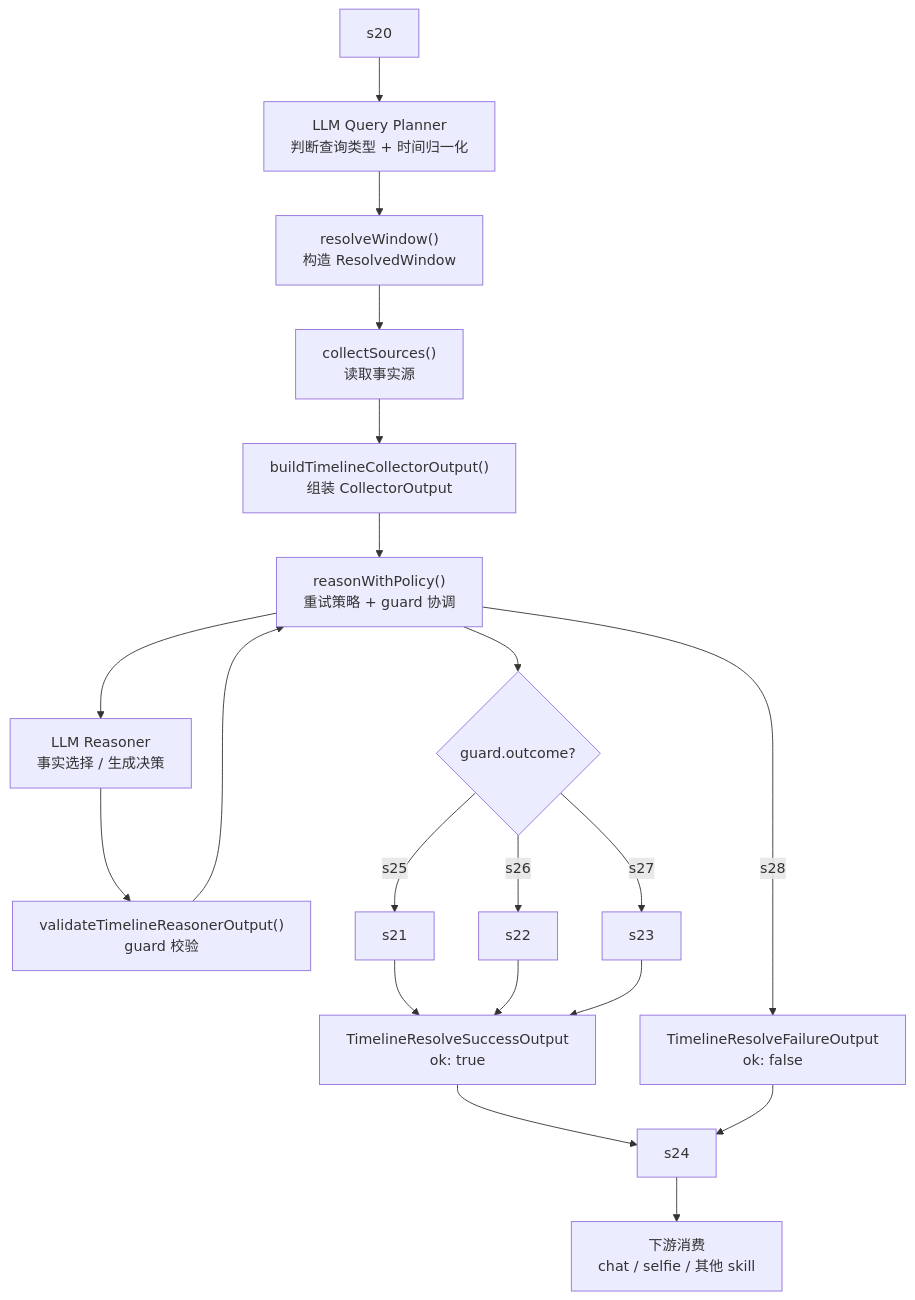
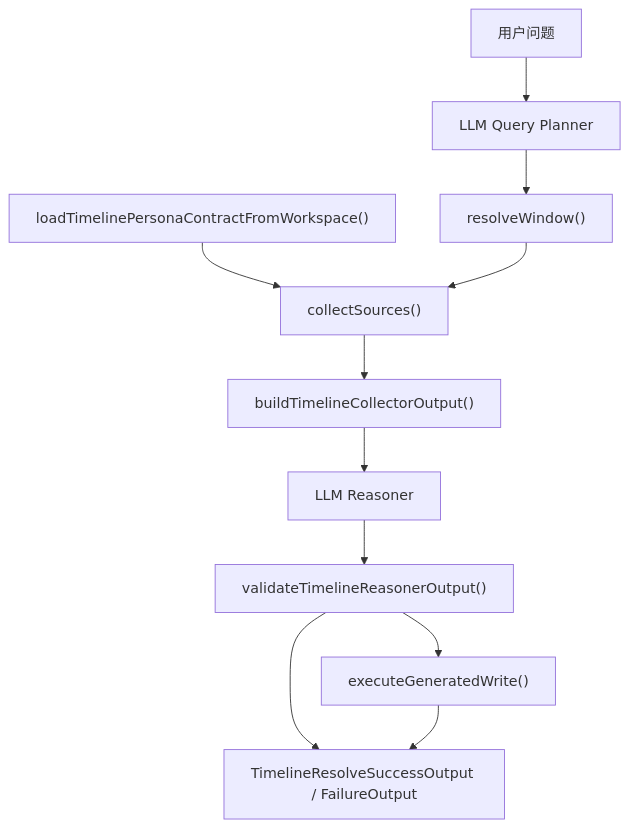
Before and after one commit to tower1229/Her: the first of 2 diagrams in docs/architecture.md, drawn with Mermaid. The commit also changed other lines of this file and 41 other files, not shown here.

````diff
--- a/docs/architecture.md
+++ b/docs/architecture.md
@@ -23,42 +27,24 @@
 ```mermaid
----
-id: 77c5afb0-0394-4e95-99a9-9bf26ad6ac9d
----
 flowchart TD
-    User[s20]
-    Planner["LLM Query Planner\n判断查询类型 + 时间归一化"]
-    Window["resolveWindow()\n构造 ResolvedWindow"]
-    Sources["collectSources()\n读取事实源"]
-    Collector["buildTimelineCollectorOutput()\n组装 CollectorOutput"]
-    Reasoner["LLM Reasoner\n事实选择 / 生成决策"]
-    Policy["reasonWithPolicy()\n重试策略 + guard 协调"]
-    Guard["validateTimelineReasonerOutput()\nguard 校验"]
-    Route{guard.outcome?}
-    HitPath[s21]
-    GenPath[s22]
-    EmptyPath[s23]
-    Output["TimelineResolveSuccessOutput\nok: true"]
-    ErrorOut["TimelineResolveFailureOutput\nok: false"]
-    Trace[s24]
-    Downstream["下游消费\nchat / selfie / 其他 skill"]
+    User["用户问题"]
+    Persona["loadTimelinePersonaContractFromWorkspace()"]
+    Planner["LLM Query Planner"]
+    Window["resolveWindow()"]
+    Sources["collectSources()"]
+    Collector["buildTimelineCollectorOutput()"]
+    Reasoner["LLM Reasoner"]
+    Guard["validateTimelineReasonerOutput()"]
+    Writer["executeGeneratedWrite()"]
+    Output["TimelineResolveSuccessOutput / FailureOutput"]
 
     User --> Planner
+    Persona --> Sources
     Planner --> Window
     Window --> Sources
     Sources --> Collector
-    Collector --> Policy
-    Policy --> Reasoner
+    Collector --> Reasoner
     Reasoner --> Guard
-    Guard --> Policy
-    Policy --> Route
-    Route -->|s25| HitPath
-    Route -->|s26| GenPath
-    Route -->|s27| EmptyPath
-    HitPath --> Output
-    GenPath --> Output
-    EmptyPath --> Output
-    Output --> Trace
-    Trace --> Downstream
-    Policy -->|s28| ErrorOut
-    ErrorOut --> Trace
+    Guard --> Writer
+    Guard --> Output
+    Writer --> Output
 ```
````
